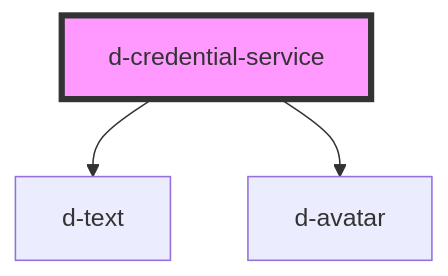
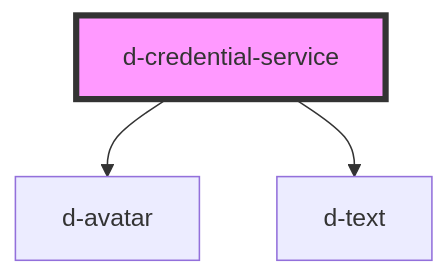
The diagram in src/components/credential-service/readme.md (ForkbombEu/didroom-components), drawn with Mermaid before and after one commit. The commit also changed other lines of this file and 4 other files, not shown here.

Commit message:
fix: fix credential-service material design compliant

````diff
--- a/src/components/credential-service/readme.md
+++ b/src/components/credential-service/readme.md
@@ -28,6 +28,6 @@
 ```mermaid
 graph TD;
+  d-credential-service --> d-avatar
   d-credential-service --> d-text
-  d-credential-service --> d-avatar
   style d-credential-service fill:#f9f,stroke:#333,stroke-width:4px
 ```
````
